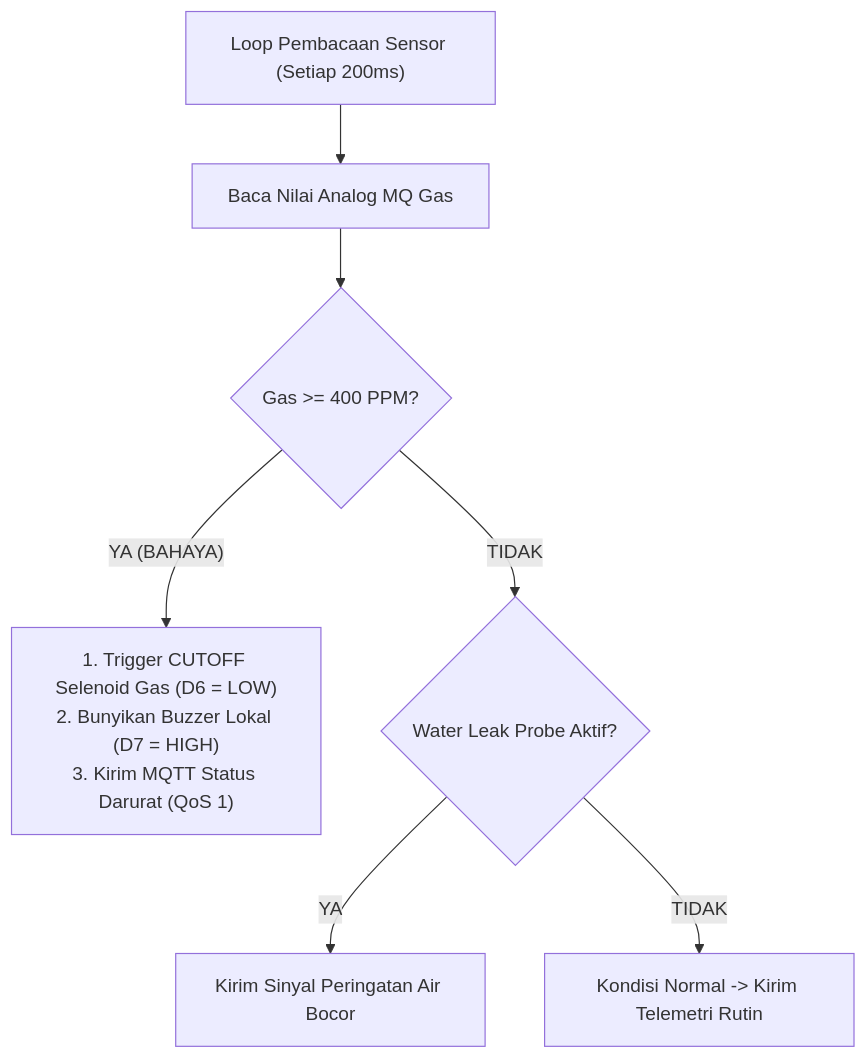
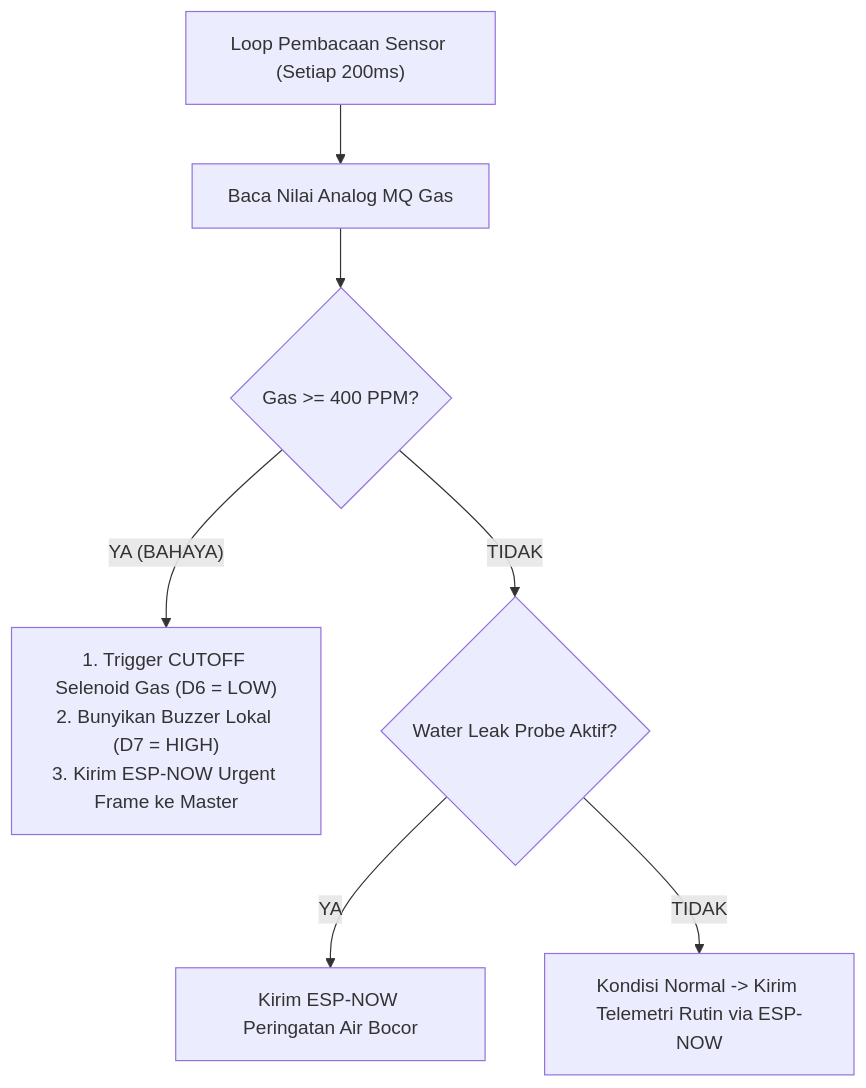
Before and after one commit to Hilal06/home-iot-control-center: the second of 4 diagrams in docs/architecture/slave-nodes-specification.md, drawn with Mermaid. The commit also changed other lines of this file, not shown here.

Commit message:
docs(architecture): update slave nodes to use direct esp-now hub-and-spoke topology

````diff
--- a/docs/architecture/slave-nodes-specification.md
+++ b/docs/architecture/slave-nodes-specification.md
@@ -115,9 +123,9 @@
   ```mermaid
   flowchart TD
       START["Loop Pembacaan Sensor (Setiap 200ms)"] --> READ_MQ["Baca Nilai Analog MQ Gas"]
       READ_MQ --> CHECK_PPM{"Gas >= 400 PPM?"}
-      CHECK_PPM -- YA (BAHAYA) --> TRIP["1. Trigger CUTOFF Selenoid Gas (D6 = LOW)<br/>2. Bunyikan Buzzer Lokal (D7 = HIGH)<br/>3. Kirim MQTT Status Darurat (QoS 1)"]
+      CHECK_PPM -- YA (BAHAYA) --> TRIP["1. Trigger CUTOFF Selenoid Gas (D6 = LOW)<br/>2. Bunyikan Buzzer Lokal (D7 = HIGH)<br/>3. Kirim ESP-NOW Urgent Frame ke Master"]
       CHECK_PPM -- TIDAK --> CHECK_LEAK{"Water Leak Probe Aktif?"}
-      CHECK_LEAK -- YA --> ALERT_LEAK["Kirim Sinyal Peringatan Air Bocor"]
-      CHECK_LEAK -- TIDAK --> NORMAL["Kondisi Normal -> Kirim Telemetri Rutin"]
+      CHECK_LEAK -- YA --> ALERT_LEAK["Kirim ESP-NOW Peringatan Air Bocor"]
+      CHECK_LEAK -- TIDAK --> NORMAL["Kondisi Normal -> Kirim Telemetri Rutin via ESP-NOW"]
   ```
````
